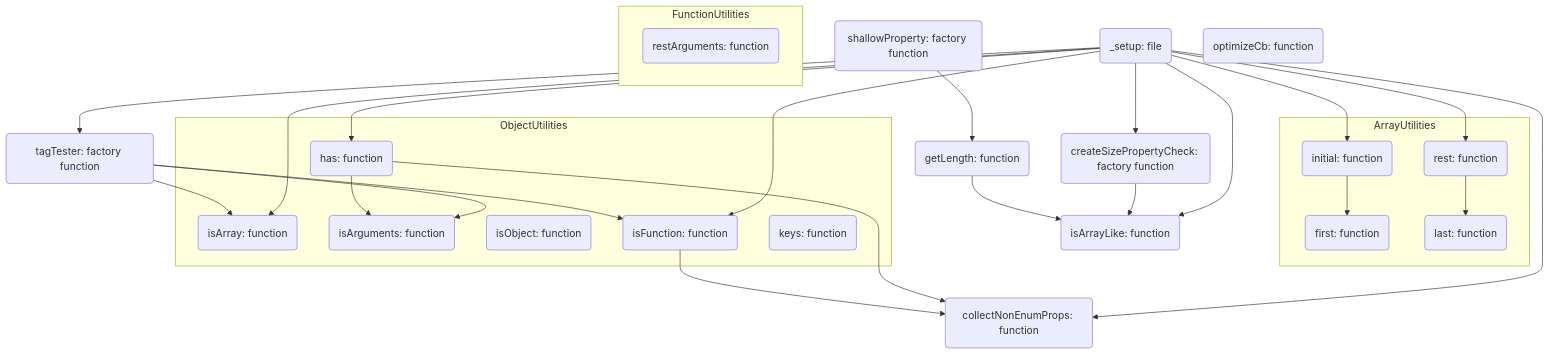
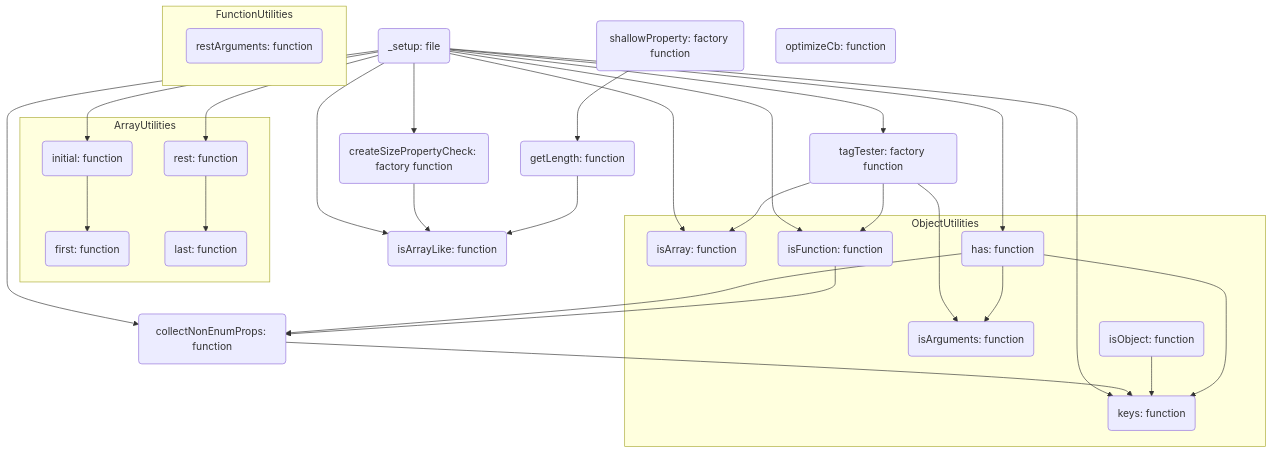
The diagram in doc/dependencies.mmd (AshGreyG/To-Realize-Underscore), drawn with Mermaid before and after one commit.

Commit message:
:world_map: update dependency map

```diff
--- a/doc/dependencies.mmd
+++ b/doc/dependencies.mmd
@@ -1,94 +1,99 @@
 flowchart TD
   %% Define nodes and their names
 
   %%% `_xxx` files
 
   _setup(_setup: file)
   _shallowProperty(shallowProperty: factory function)
   _getLength(getLength: function)
   _createSizePropertyCheck(createSizePropertyCheck: factory function)
   _isArrayLike(isArrayLike: function)
   _tagTester(tagTester: factory function)
   _optimizeCb(optimizeCb: function)
   _collectNonEnumProps(collectNonEnumProps: function)
 
   %%% Array functions
 
   subgraph ArrayUtilities
     initial(initial: function)
     first(first: function)
     rest(rest: function)
     last(last: function)
   end
 
   %%% Object functions
 
   subgraph ObjectUtilities
     isArray(isArray: function)
     isArguments(isArguments: function)
     isObject(isObject: function)
     isFunction(isFunction: function)
     has(has: function)
     keys(keys: function)
   end
 
   subgraph FunctionUtilities
     restArguments(restArguments: function)
   end
 
   %% Edge settings
 
   _setup --> initial
   _setup --> rest
   _setup --> _isArrayLike
   _setup --> _tagTester
   _setup --> isArray
   _setup --> has
   _setup --> _createSizePropertyCheck
   _setup --> _collectNonEnumProps
   _setup --> isFunction
+  _setup --> keys
 
   _tagTester --> isArray
   _tagTester --> isArguments
   _tagTester --> isFunction
   _shallowProperty --> _getLength
   _createSizePropertyCheck --> _isArrayLike
   _getLength --> _isArrayLike
   initial --> first
   rest --> last 
   has --> isArguments
   has --> _collectNonEnumProps
   isFunction --> _collectNonEnumProps
+  _collectNonEnumProps --> keys
+  isObject --> keys
+  has --> keys
+
 
   %% Hyperlink settings
 
   %%% `_xxx` files
  
   click _setup "https://github.com/AshGreyG/To-Realize-Underscore/blob/main/modules/_setup.js"
   click _shallowProperty "https://github.com/AshGreyG/To-Realize-Underscore/blob/main/modules/_shallowProperty.js"
   click _getLength "https://github.com/AshGreyG/To-Realize-Underscore/blob/main/modules/_getLength.js"
   click _createSizePropertyCheck "https://github.com/AshGreyG/To-Realize-Underscore/blob/main/modules/_createSizePropertyCheck.js"
   click _isArrayLike "https://github.com/AshGreyG/To-Realize-Underscore/blob/main/modules/_isArrayLike.js"
   click _tagTester "https://github.com/AshGreyG/To-Realize-Underscore/blob/main/modules/_tagTester.js"
   click _optimizeCb "https://github.com/AshGreyG/To-Realize-Underscore/blob/main/modules/_optimizeCb.js"
   click _collectNonEnumProps "https://github.com/AshGreyG/To-Realize-Underscore/blob/main/modules/_collectNonEnumProps.js"
 
   %%% Array functions
 
   click initial "https://github.com/AshGreyG/To-Realize-Underscore/blob/main/modules/initial.js"
   click first "https://github.com/AshGreyG/To-Realize-Underscore/blob/main/modules/first.js"
   click rest "https://github.com/AshGreyG/To-Realize-Underscore/blob/main/modules/rest.js"
   click last "https://github.com/AshGreyG/To-Realize-Underscore/blob/main/modules/last.js"
 
   %%% Object functions
 
   click isArray "https://github.com/AshGreyG/To-Realize-Underscore/blob/main/modules/isArray.js"
   click isArguments "https://github.com/AshGreyG/To-Realize-Underscore/blob/main/modules/isArguments.js"
   click isObject "https://github.com/AshGreyG/To-Realize-Underscore/blob/main/modules/isObject.js"
   click isFunction "https://github.com/AshGreyG/To-Realize-Underscore/blob/main/modules/isFunction.js"
   click has "https://github.com/AshGreyG/To-Realize-Underscore/blob/main/modules/_has.js"
   click keys "https://github.com/AshGreyG/To-Realize-Underscore/blob/main/modules/keys.js"
 
   %%% Function functions 😄
 
   click restArguments "https://github.com/AshGreyG/To-Realize-Underscore/blob/main/modules/restArguments.js"
```
